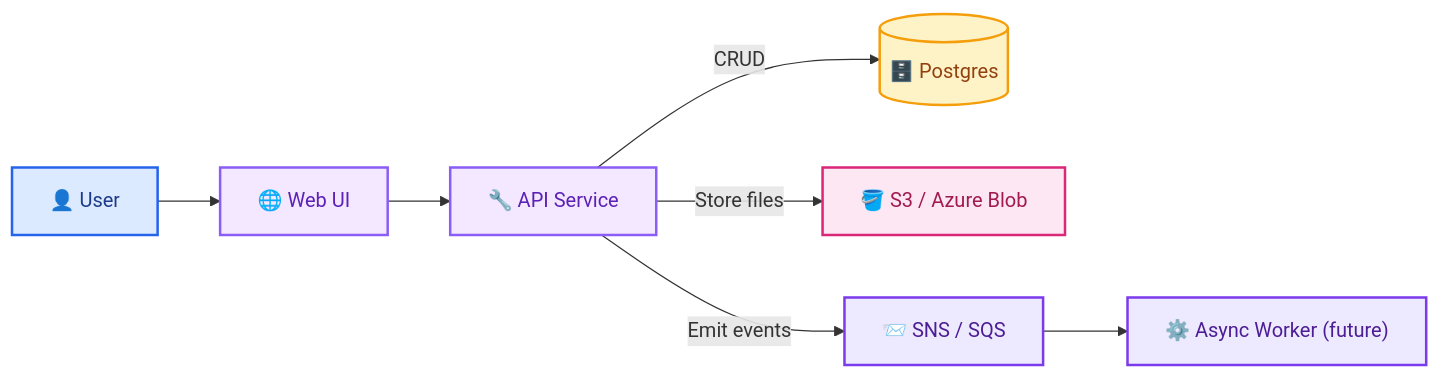
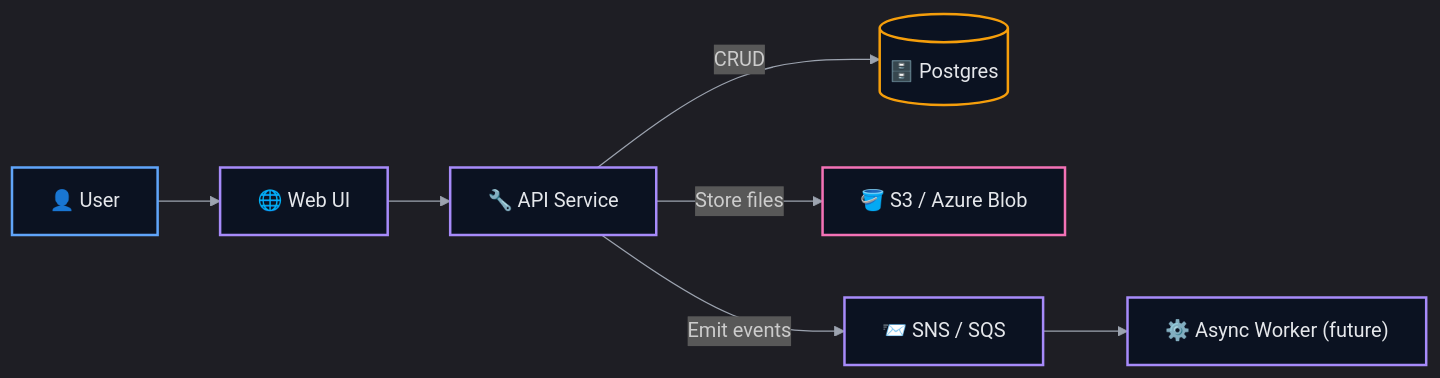
One commit to shreyakri803/IndoorApp-Cloud-Migration-Microservices-Modernization-Case-Study changed the fifth of 5 diagrams in docs/Solution_Architecture.md. Above: the diagram before and after it, drawn with Mermaid. The commit also changed other lines of this file, not shown here.

````diff
--- a/docs/Solution_Architecture.md
+++ b/docs/Solution_Architecture.md
@@ -175,29 +181,29 @@
 ```mermaid
+%%{init: {"theme":"dark","themeVariables":{"background":"transparent","lineColor":"#9CA3AF"}} }%%
 flowchart LR
-
   U["👤 User"]
   WEB["🌐 Web UI"]
   API["🔧 API Service"]
   DB[("🗄️ Postgres")]
   S3["🪣 S3 / Azure Blob"]
   Q["📨 SNS / SQS"]
   W["⚙️ Async Worker (future)"]
 
   U --> WEB --> API
   API -->|CRUD| DB
   API -->|Store files| S3
   API -->|Emit events| Q
   Q --> W
 
-  classDef user fill:#DBEAFE,stroke:#2563EB,stroke-width:2px,color:#1E3A8A;
-  classDef api fill:#F3E8FF,stroke:#8B5CF6,stroke-width:2px,color:#5B21B6;
-  classDef db fill:#FEF3C7,stroke:#F59E0B,stroke-width:2px,color:#92400E;
-  classDef store fill:#FCE7F3,stroke:#DB2777,stroke-width:2px,color:#A11A50;
-  classDef queue fill:#EDE9FE,stroke:#7C3AED,stroke-width:2px,color:#4C1D95;
+  classDef user fill:#0B1221,stroke:#60A5FA,stroke-width:2px,color:#E5E7EB;
+  classDef api fill:#0B1221,stroke:#A78BFA,stroke-width:2px,color:#E5E7EB;
+  classDef db fill:#0B1221,stroke:#F59E0B,stroke-width:2px,color:#E5E7EB;
+  classDef store fill:#0B1221,stroke:#F472B6,stroke-width:2px,color:#E5E7EB;
+  classDef queue fill:#0B1221,stroke:#A78BFA,stroke-width:2px,color:#E5E7EB;
 
   class U user;
   class WEB,API api;
   class DB db;
   class S3 store;
   class Q,W queue;
 ```
````
